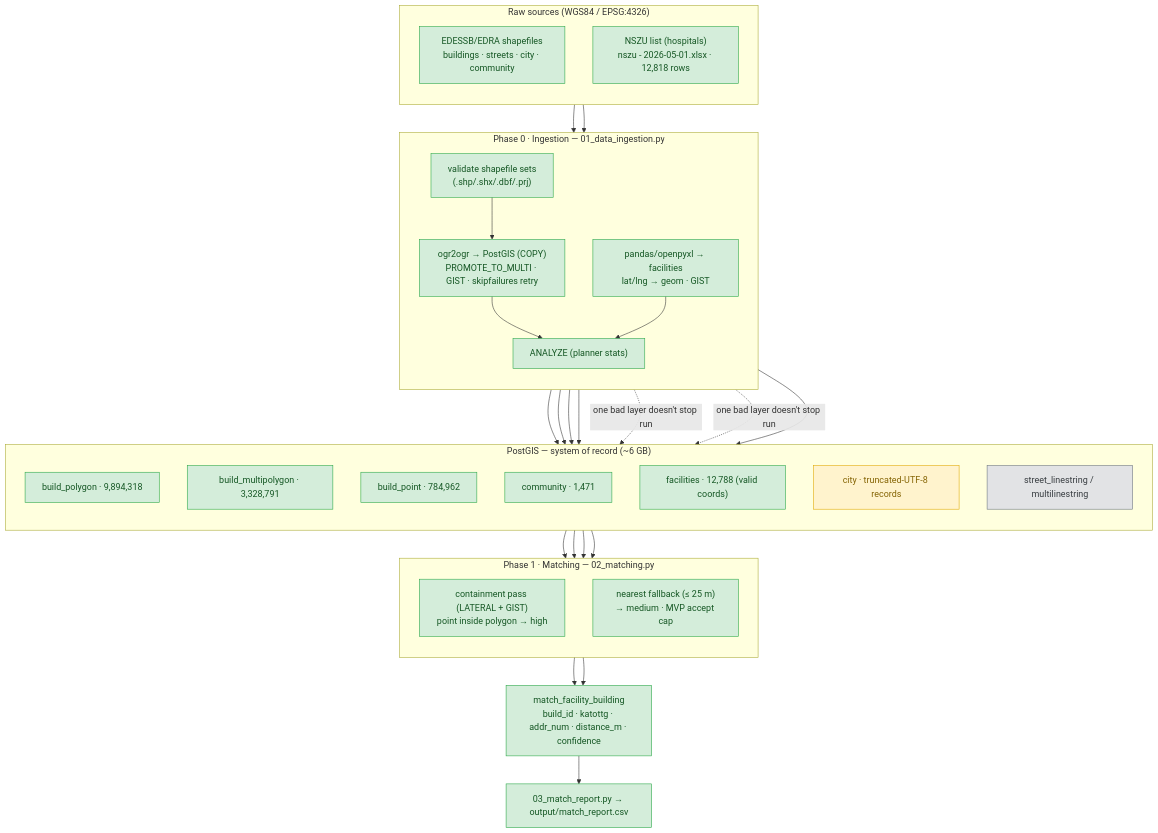
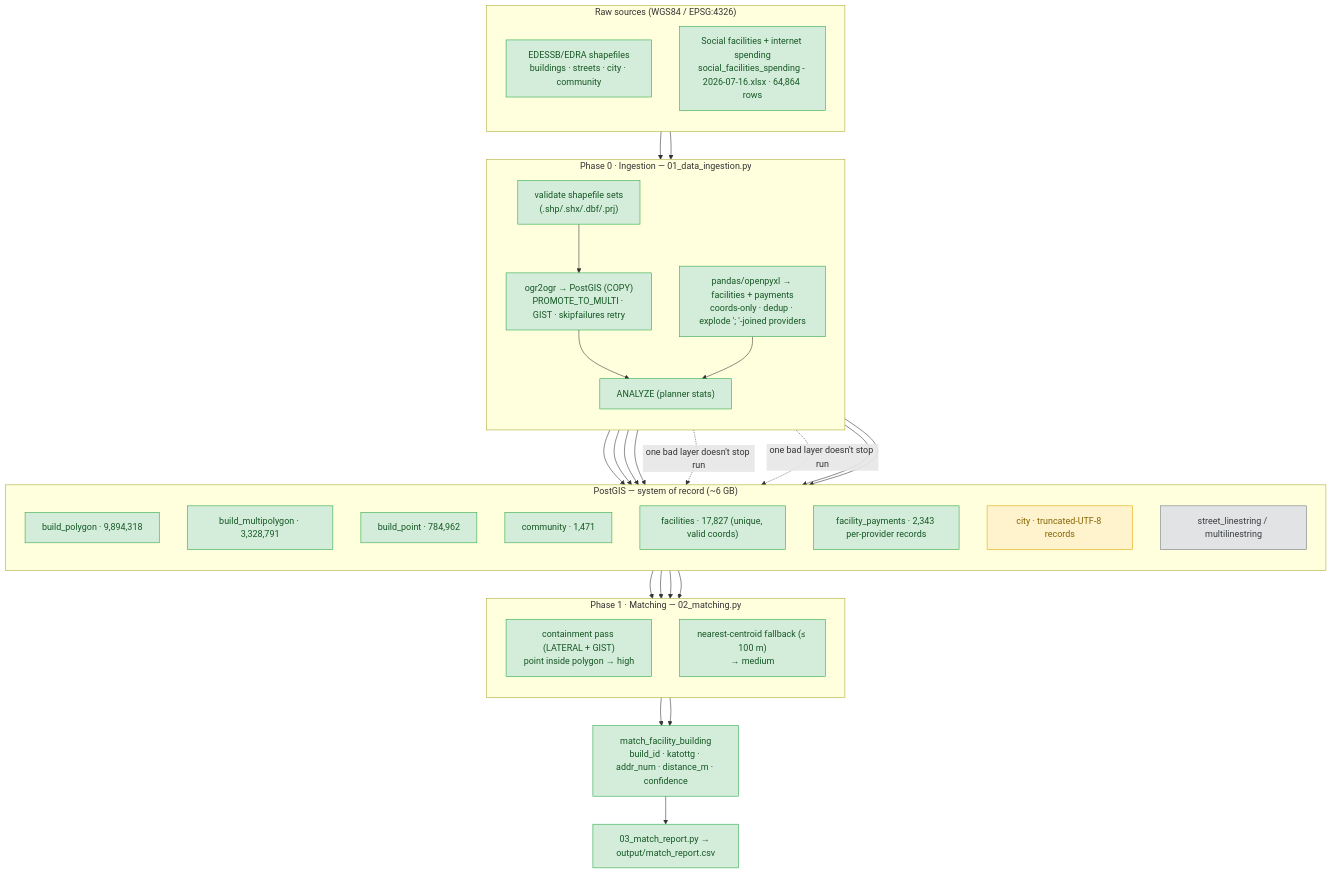
The first of 2 diagrams in 00_constitution/pipeline.md (brdo-ict-sector/broadband-coverage-map), drawn with Mermaid before and after one commit. The commit also changed other lines of this file and 22 other files, not shown here.

````diff
--- a/00_constitution/pipeline.md
+++ b/00_constitution/pipeline.md
@@ -12,53 +12,54 @@
 ```mermaid
 flowchart TB
     classDef done    fill:#d4edda,stroke:#28a745,color:#155724;
     classDef partial fill:#fff3cd,stroke:#e0a800,color:#856404;
     classDef pending fill:#e2e3e5,stroke:#6c757d,color:#383d41;
 
     subgraph SRC["Raw sources (WGS84 / EPSG:4326)"]
         direction TB
         SHP["EDESSB/EDRA shapefiles<br/>buildings · streets · city · community"]:::done
-        XLSX["NSZU list (hospitals)<br/>nszu - 2026-05-01.xlsx · 12,818 rows"]:::done
+        XLSX["Social facilities + internet spending<br/>social_facilities_spending - 2026-07-16.xlsx · 64,864 rows"]:::done
     end
 
     subgraph P0["Phase 0 · Ingestion — 01_data_ingestion.py"]
         direction TB
         VAL["validate shapefile sets<br/>(.shp/.shx/.dbf/.prj)"]:::done
         OGR["ogr2ogr → PostGIS (COPY)<br/>PROMOTE_TO_MULTI · GIST · skipfailures retry"]:::done
-        PAN["pandas/openpyxl → facilities<br/>lat/lng → geom · GIST"]:::done
+        PAN["pandas/openpyxl → facilities + payments<br/>coords-only · dedup · explode '; '-joined providers"]:::done
         ANA["ANALYZE (planner stats)"]:::done
     end
 
     subgraph PG["PostGIS — system of record (~6 GB)"]
         direction TB
         BP["build_polygon · 9,894,318"]:::done
         BM["build_multipolygon · 3,328,791"]:::done
         BPT["build_point · 784,962"]:::done
         COM["community · 1,471"]:::done
-        FAC["facilities · 12,788 (valid coords)"]:::done
+        FAC["facilities · 17,827 (unique, valid coords)"]:::done
+        PAY["facility_payments · 2,343 per-provider records"]:::done
         CITY["city · truncated-UTF-8 records"]:::partial
         STR["street_linestring / multilinestring"]:::pending
     end
 
     subgraph P1["Phase 1 · Matching — 02_matching.py"]
         direction TB
         CON["containment pass (LATERAL + GIST)<br/>point inside polygon → high"]:::done
-        NEAR["nearest fallback (≤ 25 m)<br/>→ medium · MVP accept cap"]:::done
+        NEAR["nearest-centroid fallback (≤ 100 m)<br/>→ medium"]:::done
     end
 
     MATCH["match_facility_building<br/>build_id · katottg · addr_num · distance_m · confidence"]:::done
     REP["03_match_report.py → output/match_report.csv"]:::done
 
     SHP --> VAL --> OGR --> BP & BM & BPT & COM
     OGR -. one bad layer doesn't stop run .-> CITY & STR
-    XLSX --> PAN --> FAC
+    XLSX --> PAN --> FAC & PAY
     OGR --> ANA
     PAN --> ANA
     FAC --> CON
     BP --> CON
     CON --> MATCH
     FAC --> NEAR
     BP --> NEAR
     NEAR --> MATCH
     MATCH --> REP
 ```
````
